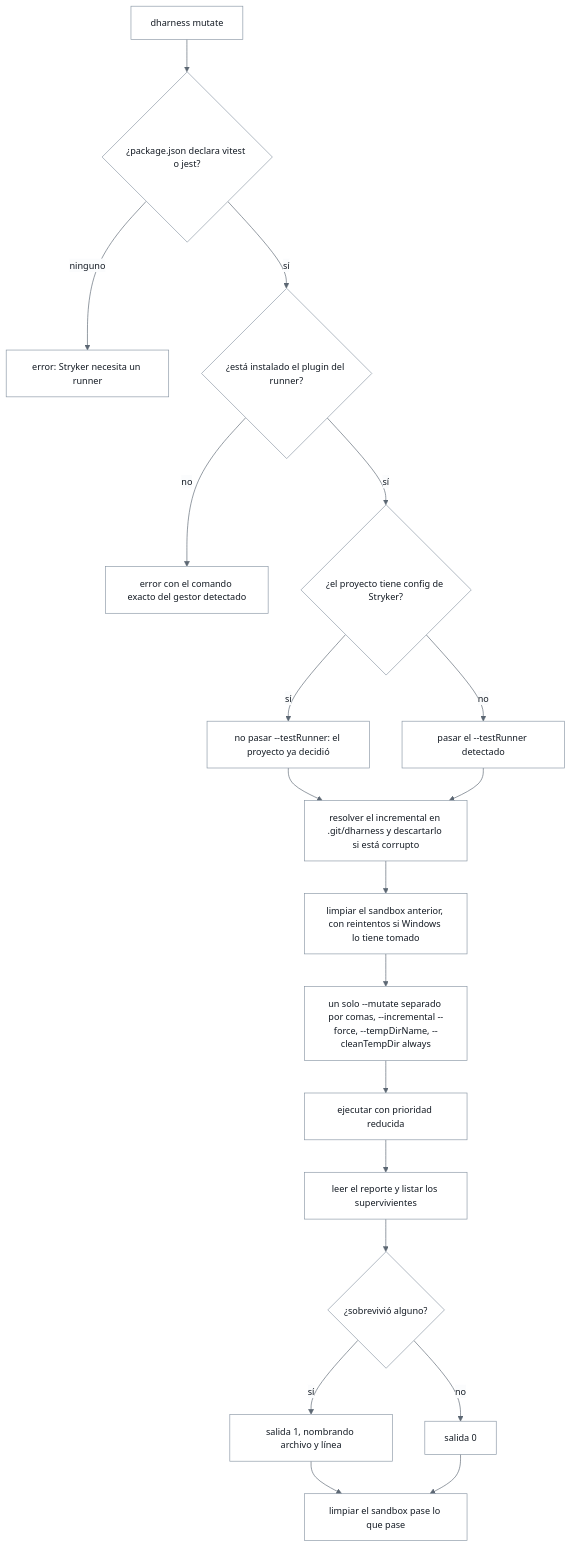
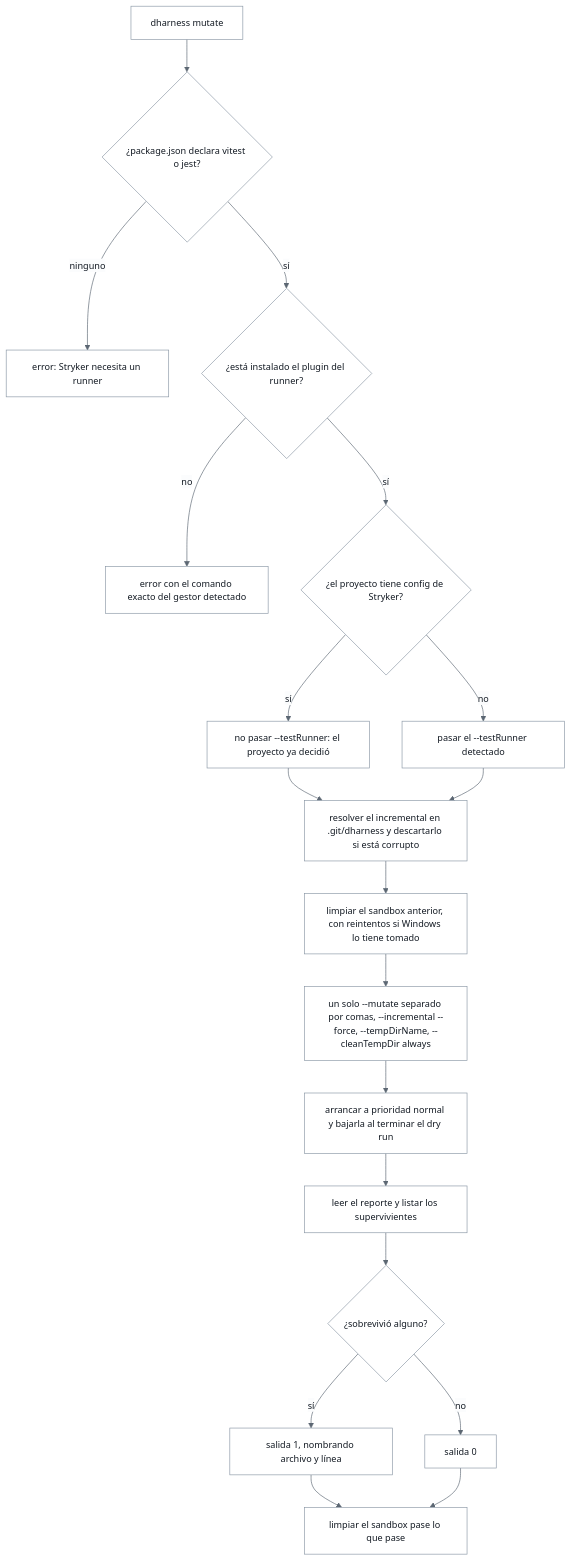
The seventh of 8 diagrams in docs/flujo-implementado.md (Disble/dharness), drawn with Mermaid before and after one commit. The commit also changed other lines of this file and 4 other files, not shown here.

````diff
--- a/docs/flujo-implementado.md
+++ b/docs/flujo-implementado.md
@@ -468,22 +468,22 @@
 ```mermaid
 %%{init: {"theme":"base","themeVariables":{"background":"#fbfcfd","primaryColor":"#ffffff","primaryTextColor":"#141b24","primaryBorderColor":"#8a97a5","lineColor":"#5c6773","textColor":"#141b24","mainBkg":"#ffffff","nodeBorder":"#8a97a5","clusterBkg":"#eef1f4","clusterBorder":"#c3ccd5","titleColor":"#1a5570","edgeLabelBackground":"#fbfcfd","fontSize":"14px"},"flowchart":{"htmlLabels":true,"wrappingWidth":190,"useMaxWidth":true}}}%%
 flowchart TD
     A["dharness mutate"] --> B{"¿package.json declara vitest o jest?"}
     B -->|"ninguno"| E1["error: Stryker necesita un runner"]
     B -->|"sí"| C{"¿está instalado el plugin del runner?"}
     C -->|"no"| E2["error con el comando exacto del gestor detectado"]
     C -->|"sí"| D{"¿el proyecto tiene config de Stryker?"}
     D -->|"sí"| N["no pasar --testRunner: el proyecto ya decidió"]
     D -->|"no"| Y["pasar el --testRunner detectado"]
     N --> ST["resolver el incremental en .git/dharness y descartarlo si está corrupto"]
     Y --> ST
     ST --> CL["limpiar el sandbox anterior, con reintentos si Windows lo tiene tomado"]
     CL --> INV["un solo --mutate separado por comas, --incremental --force, --tempDirName, --cleanTempDir always"]
-    INV --> PR["ejecutar con prioridad reducida"]
+    INV --> PR["arrancar a prioridad normal y bajarla al terminar el dry run"]
     PR --> RD["leer el reporte y listar los supervivientes"]
     RD --> V{"¿sobrevivió alguno?"}
     V -->|"sí"| F["salida 1, nombrando archivo y línea"]
     V -->|"no"| OK["salida 0"]
     F --> CU["limpiar el sandbox pase lo que pase"]
     OK --> CU
 ```
````
